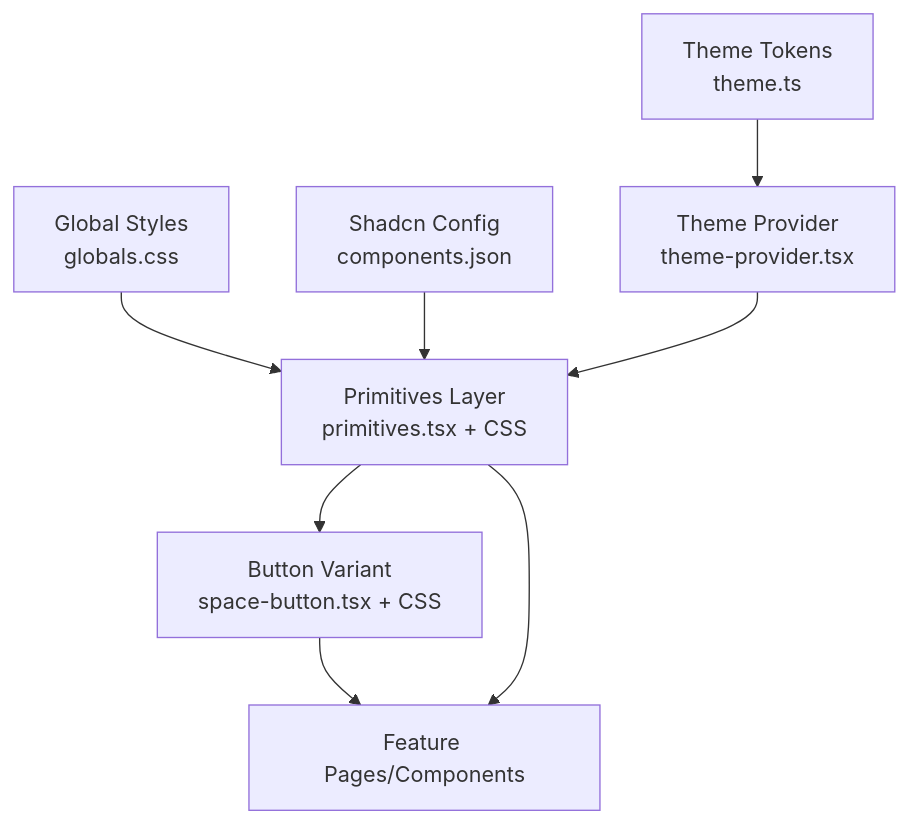
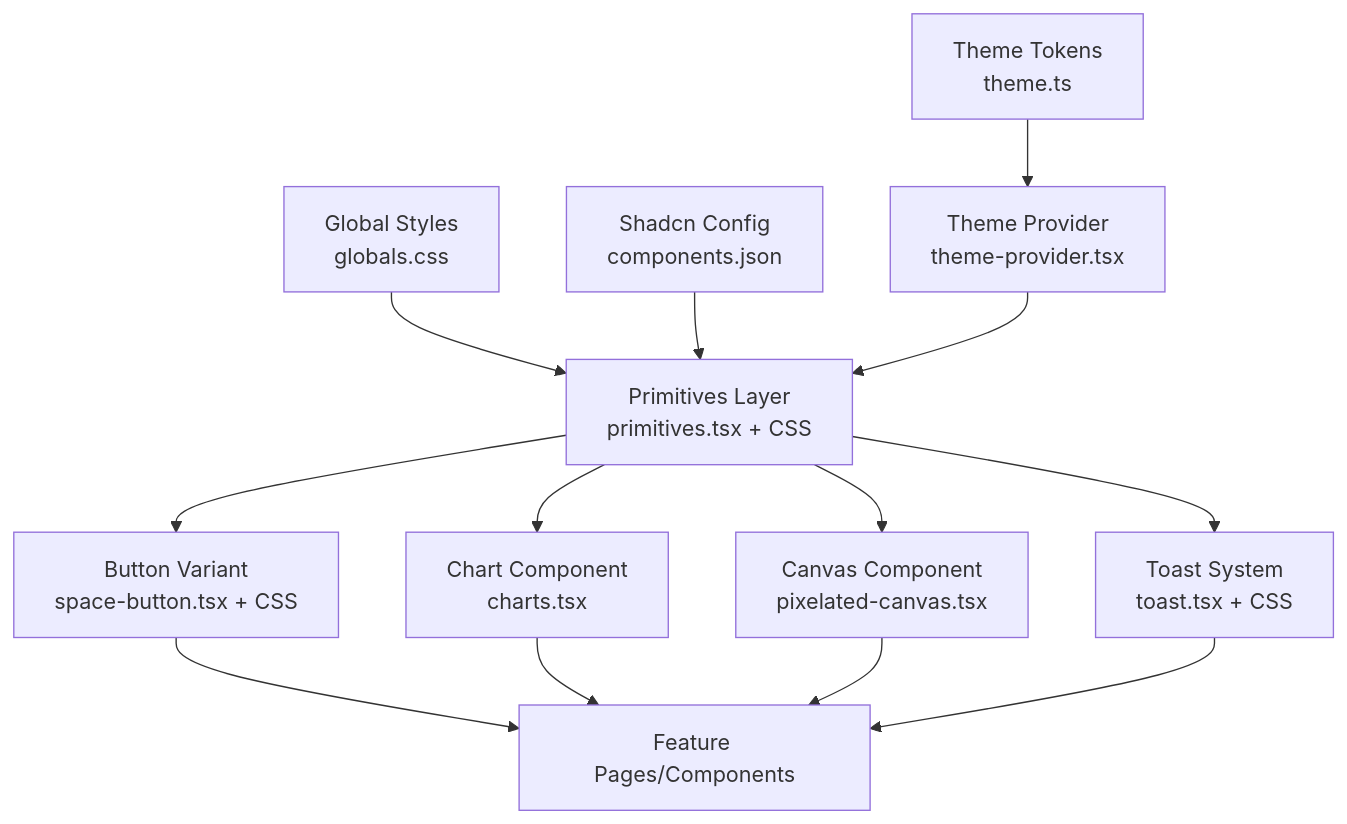
Before and after one commit to HassanAmeer/cheaprouter: the second of 9 diagrams in .qoder/repowiki/en/content/Frontend Architecture/Component Library/UI Primitives.md, drawn with Mermaid. The commit also changed other lines of this file and 54 other files, not shown here.

````diff
--- a/.qoder/repowiki/en/content/Frontend Architecture/Component Library/UI Primitives.md
+++ b/.qoder/repowiki/en/content/Frontend Architecture/Component Library/UI Primitives.md
@@ -114,17 +159,25 @@
 ```mermaid
 graph TB
 T["Theme Tokens<br/>theme.ts"]
 G["Global Styles<br/>globals.css"]
 Cfg["Shadcn Config<br/>components.json"]
 Prov["Theme Provider<br/>theme-provider.tsx"]
 Prim["Primitives Layer<br/>primitives.tsx + CSS"]
 Btn["Button Variant<br/>space-button.tsx + CSS"]
+Chart["Chart Component<br/>charts.tsx"]
+Canvas["Canvas Component<br/>pixelated-canvas.tsx"]
+Toast["Toast System<br/>toast.tsx + CSS"]
 App["Feature Pages/Components"]
 T --> Prov
 G --> Prim
 Cfg --> Prim
 Prov --> Prim
 Prim --> Btn
+Prim --> Chart
+Prim --> Canvas
+Prim --> Toast
 Btn --> App
-Prim --> App
+Chart --> App
+Canvas --> App
+Toast --> App
 ```
````
